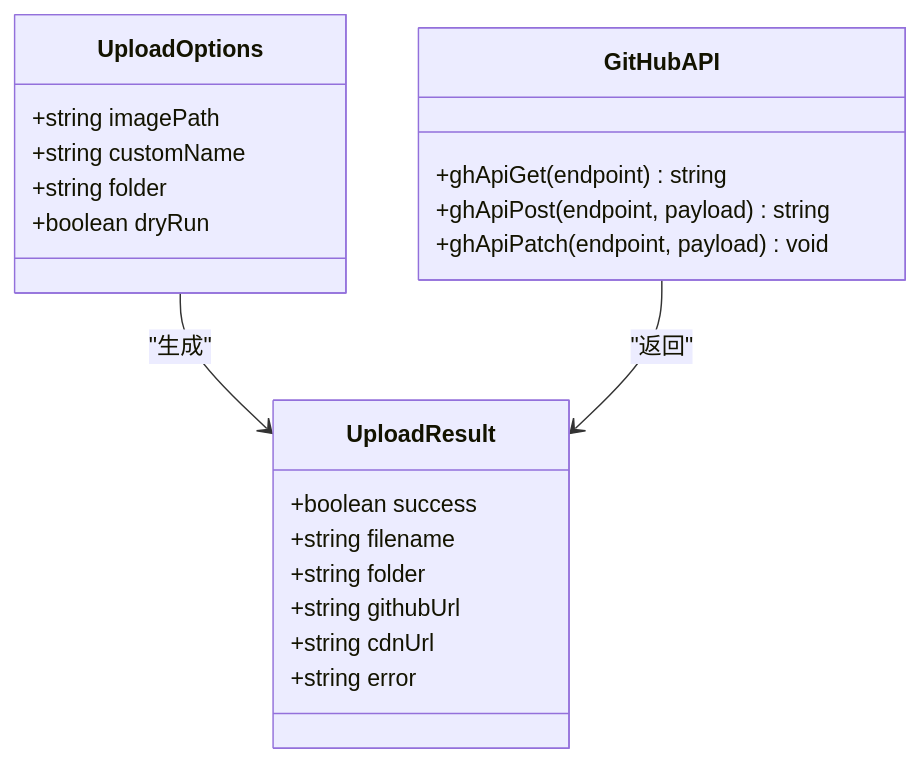
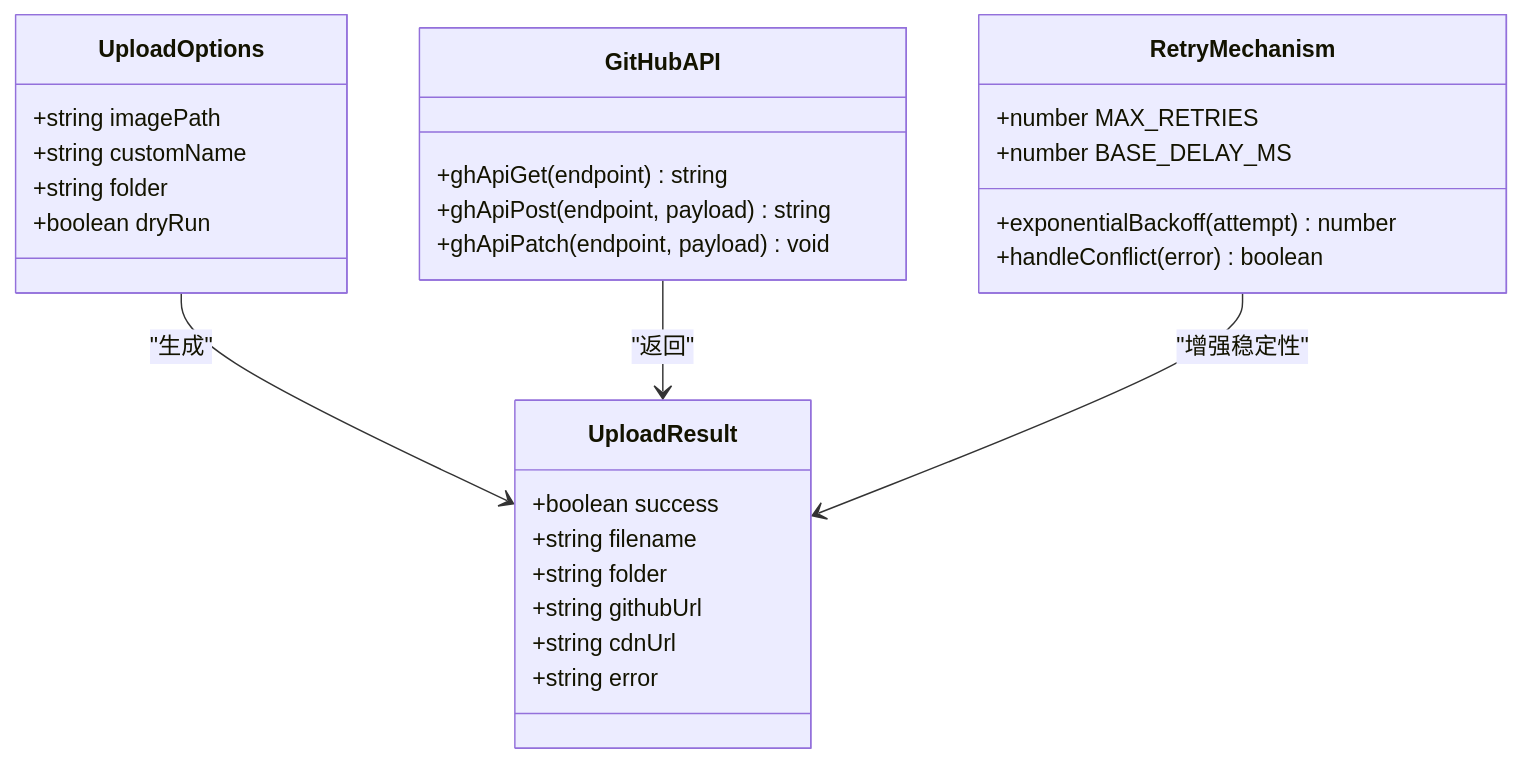
One commit to NTLx/ntlx.github.io changed the second of 12 diagrams in .qoder/repowiki/zh/content/AI 技能系统/发布自动化技能/GitHub 图片托管技能.md. Above: the diagram before and after it, drawn with Mermaid. The commit also changed other lines of this file and 10 other files, not shown here.

````diff
--- a/.qoder/repowiki/zh/content/AI 技能系统/发布自动化技能/GitHub 图片托管技能.md
+++ b/.qoder/repowiki/zh/content/AI 技能系统/发布自动化技能/GitHub 图片托管技能.md
@@ -81,24 +97,31 @@
 ```mermaid
 classDiagram
 class UploadOptions {
 +string imagePath
 +string customName
 +string folder
 +boolean dryRun
 }
 class UploadResult {
 +boolean success
 +string filename
 +string folder
 +string githubUrl
 +string cdnUrl
 +string error
 }
 class GitHubAPI {
 +ghApiGet(endpoint) string
 +ghApiPost(endpoint, payload) string
 +ghApiPatch(endpoint, payload) void
 }
+class RetryMechanism {
++number MAX_RETRIES
++number BASE_DELAY_MS
++exponentialBackoff(attempt) number
++handleConflict(error) boolean
+}
 UploadOptions --> UploadResult : "生成"
 GitHubAPI --> UploadResult : "返回"
+RetryMechanism --> UploadResult : "增强稳定性"
 ```
````
